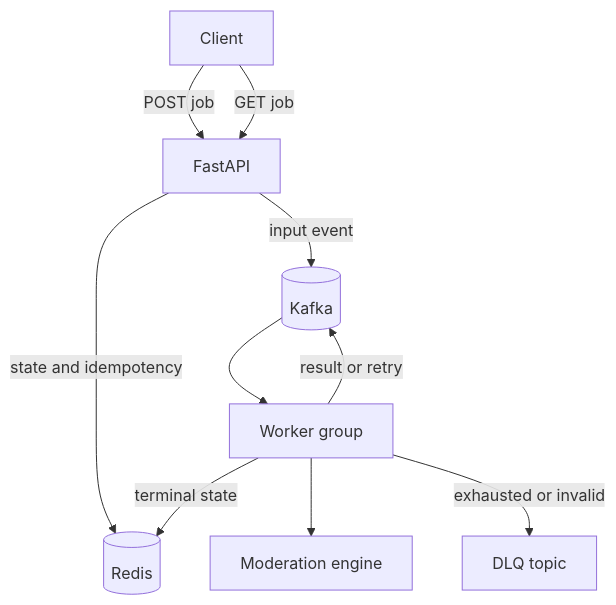
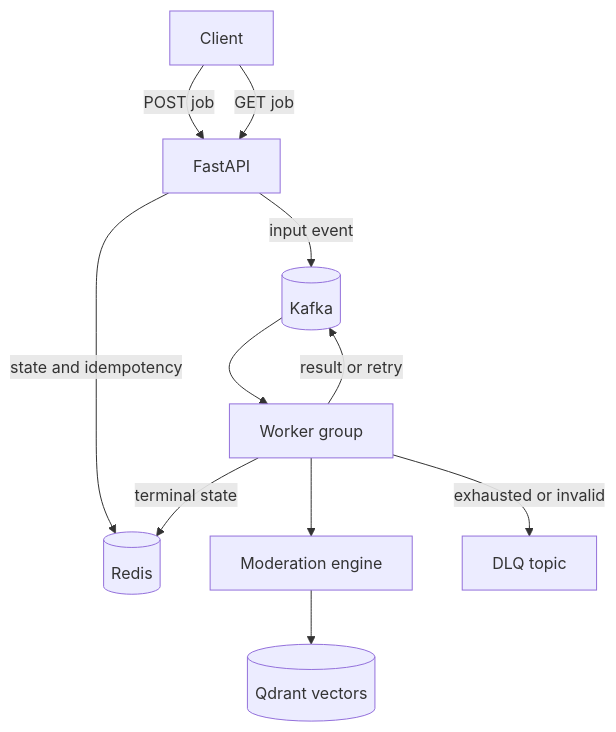
The diagram in docs/distributed-architecture.md (triablefungi/sentinel-content-safety-platform), drawn with Mermaid before and after one commit. The commit also changed other lines of this file and 20 other files, not shown here.

````diff
--- a/docs/distributed-architecture.md
+++ b/docs/distributed-architecture.md
@@ -6,12 +6,13 @@
 ```mermaid
 flowchart TD
     C[Client] -->|POST job| A[FastAPI]
     A -->|state and idempotency| R[(Redis)]
     A -->|input event| K[(Kafka)]
     K --> W[Worker group]
     W --> M[Moderation engine]
+    M --> Q[(Qdrant vectors)]
     W -->|result or retry| K
     W -->|terminal state| R
     W -->|exhausted or invalid| D[DLQ topic]
     C -->|GET job| A
 ```
````
